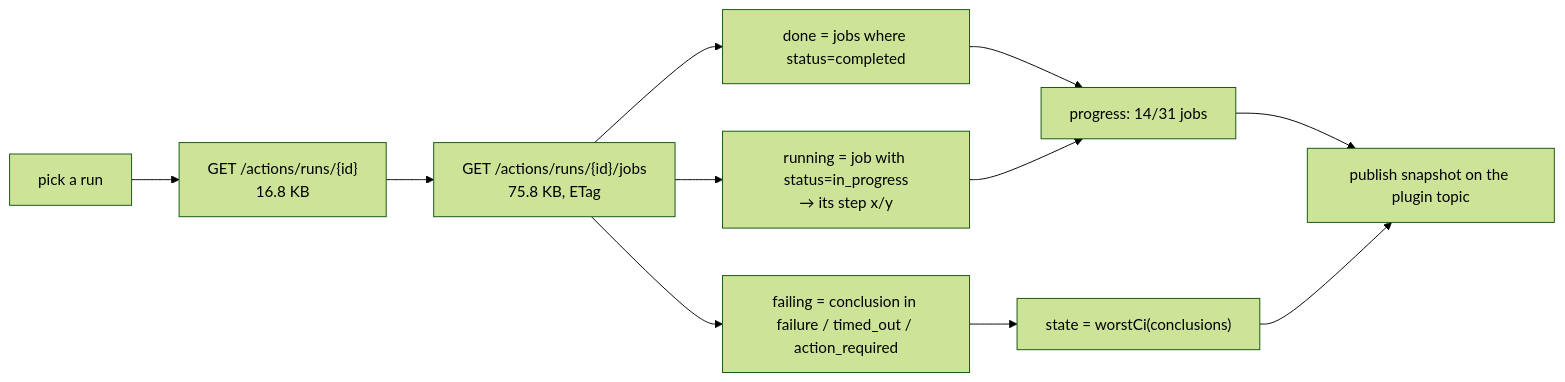
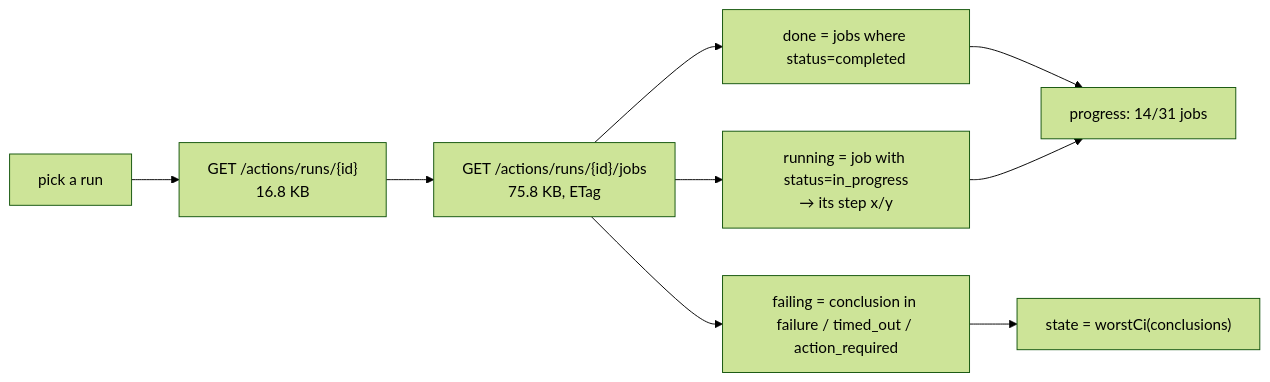
One commit to kabmo-labs/kabmo changed the third of 6 diagrams in docs/milestones/M24-github-actions-viewer.md. Above: the diagram before and after it, drawn with Mermaid (forest theme). The commit also changed other lines of this file and 15 other files, not shown here.

````diff
--- a/docs/milestones/M24-github-actions-viewer.md
+++ b/docs/milestones/M24-github-actions-viewer.md
@@ -180,13 +174,11 @@
 ```mermaid
 flowchart LR
     A["pick a run"] --> B["GET /actions/runs/{id}<br/>16.8 KB"]
     B --> C["GET /actions/runs/{id}/jobs<br/>75.8 KB, ETag"]
     C --> D["done = jobs where status=completed"]
     C --> E["running = job with status=in_progress<br/>→ its step x/y"]
     C --> F["failing = conclusion in failure / timed_out / action_required"]
     D --> G["progress: 14/31 jobs"]
     E --> G
     F --> H["state = worstCi(conclusions)"]
-    G --> I["publish snapshot on the plugin topic"]
-    H --> I
 ```
````
